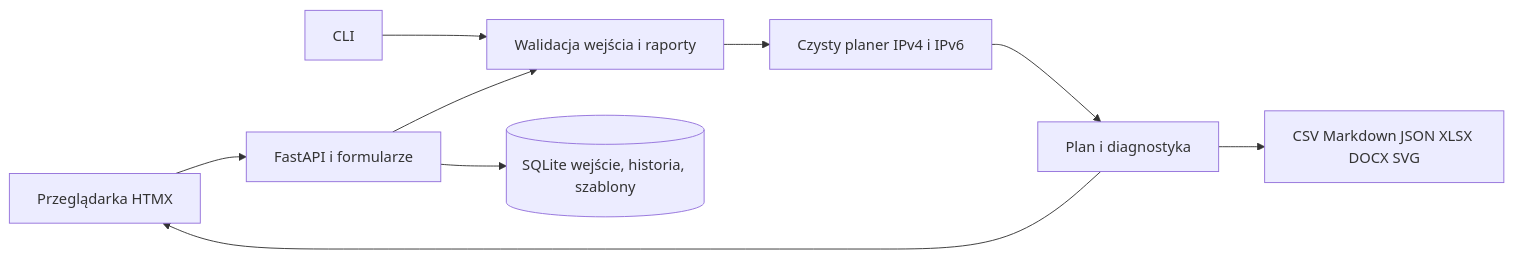
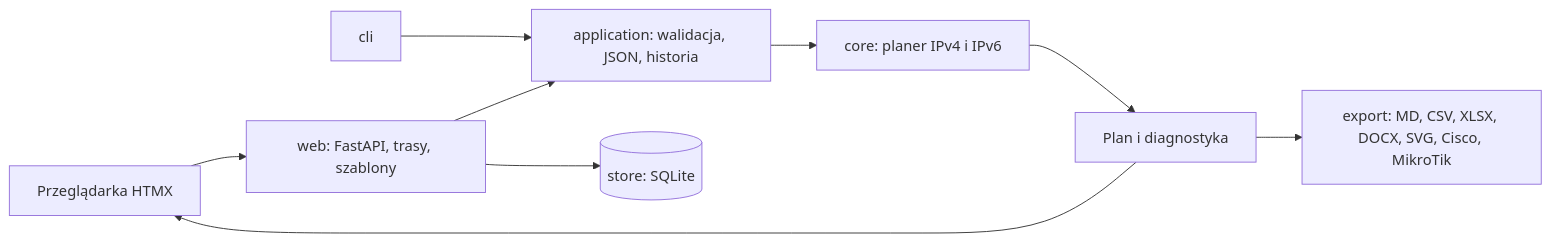
Before and after one commit to tomekdyrc-tech/address-plan: the diagram in docs/architecture.md, drawn with Mermaid. The commit also changed other lines of this file and 80 other files, not shown here.

````diff
--- a/docs/architecture.md
+++ b/docs/architecture.md
@@ -5,11 +3,11 @@
 ```mermaid
 flowchart LR
-    UI[Przeglądarka HTMX] --> WEB[FastAPI i formularze]
-    CLI[CLI] --> APP[Walidacja wejścia i raporty]
+    UI[Przeglądarka HTMX] --> WEB[web: FastAPI, trasy, szablony]
+    CLI[cli] --> APP[application: walidacja, JSON, historia]
     WEB --> APP
-    WEB --> DB[(SQLite wejście, historia, szablony)]
-    APP --> CORE[Czysty planer IPv4 i IPv6]
+    WEB --> DB[(store: SQLite)]
+    APP --> CORE[core: planer IPv4 i IPv6]
     CORE --> PLAN[Plan i diagnostyka]
-    PLAN --> OUT[CSV Markdown JSON XLSX DOCX SVG]
+    PLAN --> OUT[export: MD, CSV, XLSX, DOCX, SVG, Cisco, MikroTik]
     PLAN --> UI
 ```
````
